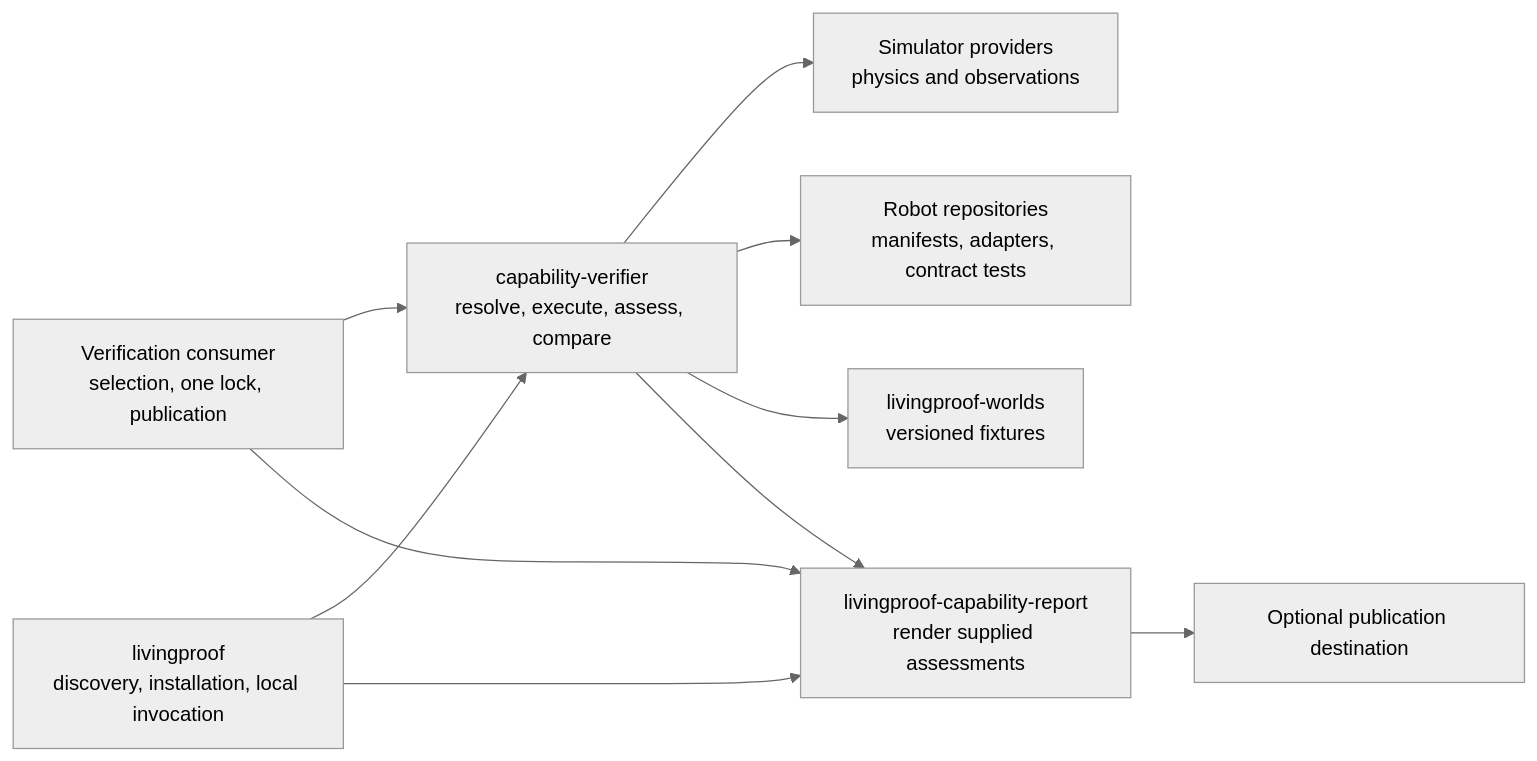
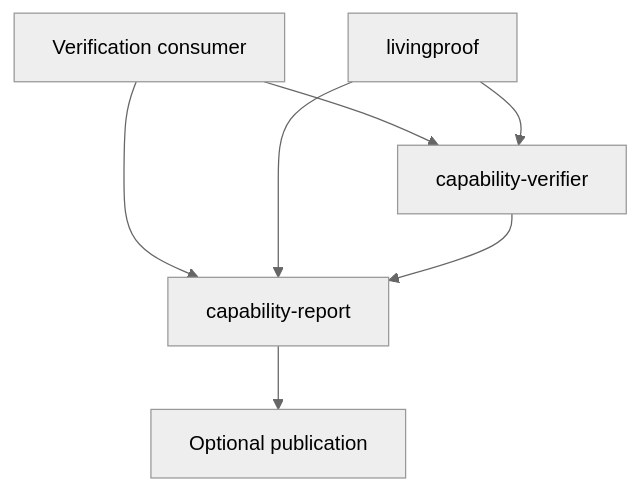
One commit to Living-Proof-Labs/.github changed the first of 3 diagrams in docs/architecture/verification-architecture.md. Above: the diagram before and after it, drawn with Mermaid (neutral theme). The commit also changed other lines of this file and 1 other file, not shown here.

Commit message:
feat: keep Mermaid labels readable on phones
Split the responsibilities diagram into two narrow diagrams with short labels (the table keeps the detail) and draw the contribution sample top to bottom. At 390 px every label now renders at 15.2 px or more instead of 6.7 px and 4.8 px.

````diff
--- a/docs/architecture/verification-architecture.md
+++ b/docs/architecture/verification-architecture.md
@@ -24,21 +26,15 @@
 ```mermaid
-flowchart LR
-  consumer["Verification consumer<br/>selection, one lock, publication"]
-  access["livingproof<br/>discovery, installation, local invocation"]
-  verifier["capability-verifier<br/>resolve, execute, assess, compare"]
-  providers["Simulator providers<br/>physics and observations"]
-  robots["Robot repositories<br/>manifests, adapters, contract tests"]
-  worlds["livingproof-worlds<br/>versioned fixtures"]
-  reporter["livingproof-capability-report<br/>render supplied assessments"]
-  publication["Optional publication destination"]
+flowchart TD
+  consumer["Verification consumer"]
+  access["livingproof"]
+  verifier["capability-verifier"]
+  reporter["capability-report"]
+  publication["Optional publication"]
 
   consumer --> verifier
+  access --> verifier
   consumer --> reporter
-  access --> verifier
   access --> reporter
-  verifier --> providers
-  verifier --> robots
-  verifier --> worlds
   verifier --> reporter
   reporter --> publication
 ```
````
